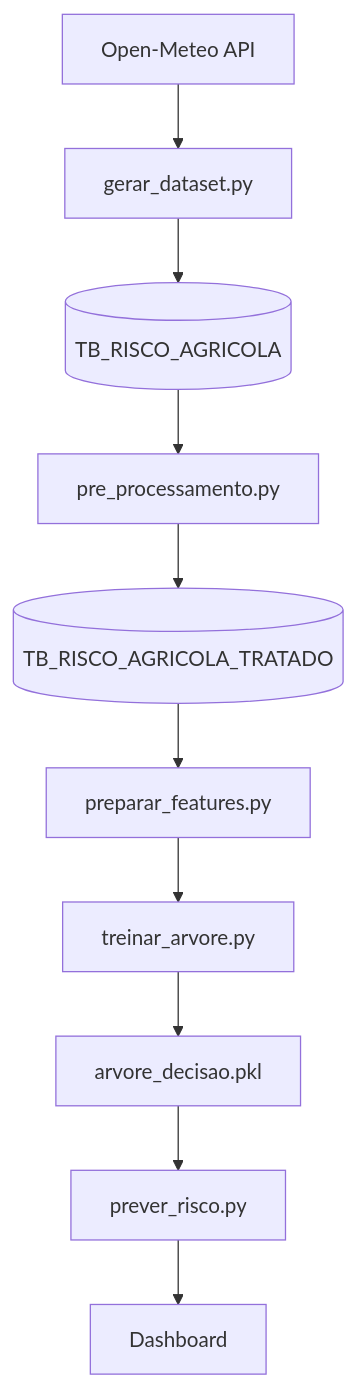
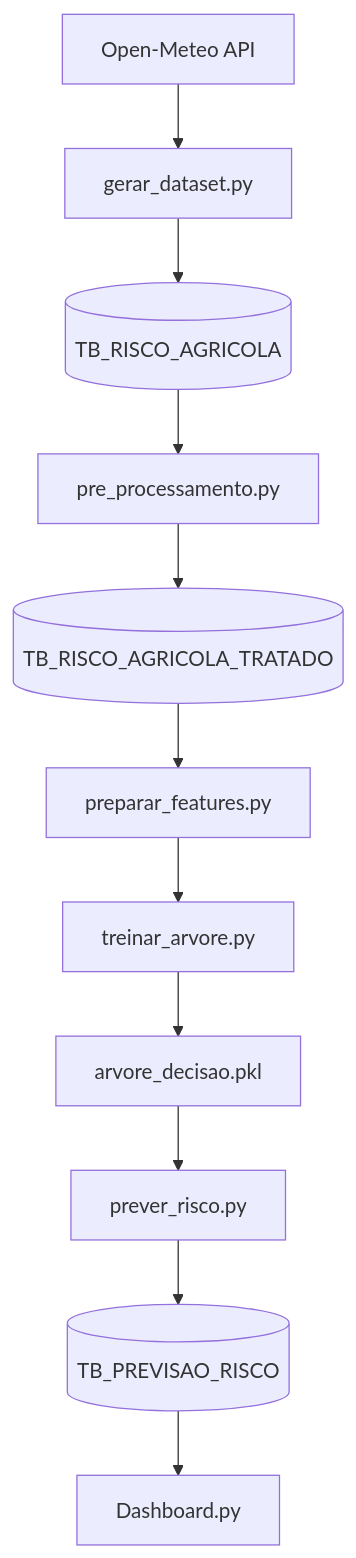
Before and after one commit to renansouz/maia-intelligence-NEXT: the diagram in README.md, drawn with Mermaid. The commit also changed other lines of this file, not shown here.

````diff
--- a/README.md
+++ b/README.md
@@ -232,21 +232,23 @@
 ```mermaid
 flowchart TD
 
 A[Open-Meteo API] --> B[gerar_dataset.py]
 
 B --> C[(TB_RISCO_AGRICOLA)]
 
 C --> D[pre_processamento.py]
 
 D --> E[(TB_RISCO_AGRICOLA_TRATADO)]
 
 E --> F[preparar_features.py]
 
 F --> G[treinar_arvore.py]
 
 G --> H[arvore_decisao.pkl]
 
 H --> I[prever_risco.py]
 
-I --> J[Dashboard]
+I --> J[(TB_PREVISAO_RISCO)]
+
+J --> K[Dashboard.py]
 ```
````
